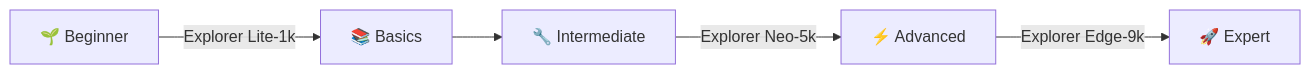
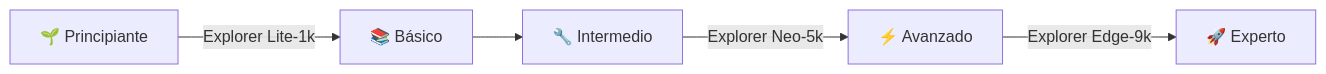
Before and after one commit to FPGAeduDesign/FPGAeduDesign_development_boards: the diagram in README.md, drawn with Mermaid. The commit also changed other lines of this file and 2 other files, not shown here.

````diff
--- a/README.md
+++ b/README.md
@@ -187,7 +187,7 @@
 ```mermaid
 graph LR
-    A[🌱 Beginner] -->|Explorer Lite-1k| B[📚 Basics]
-    B --> C[🔧 Intermediate]
-    C -->|Explorer Neo-5k| D[⚡ Advanced]
-    D -->|Explorer Edge-9k| E[🚀 Expert]
+    A[🌱 Principiante] -->|Explorer Lite-1k| B[📚 Básico]
+    B --> C[🔧 Intermedio]
+    C -->|Explorer Neo-5k| D[⚡ Avanzado]
+    D -->|Explorer Edge-9k| E[🚀 Experto]
 ```
````
